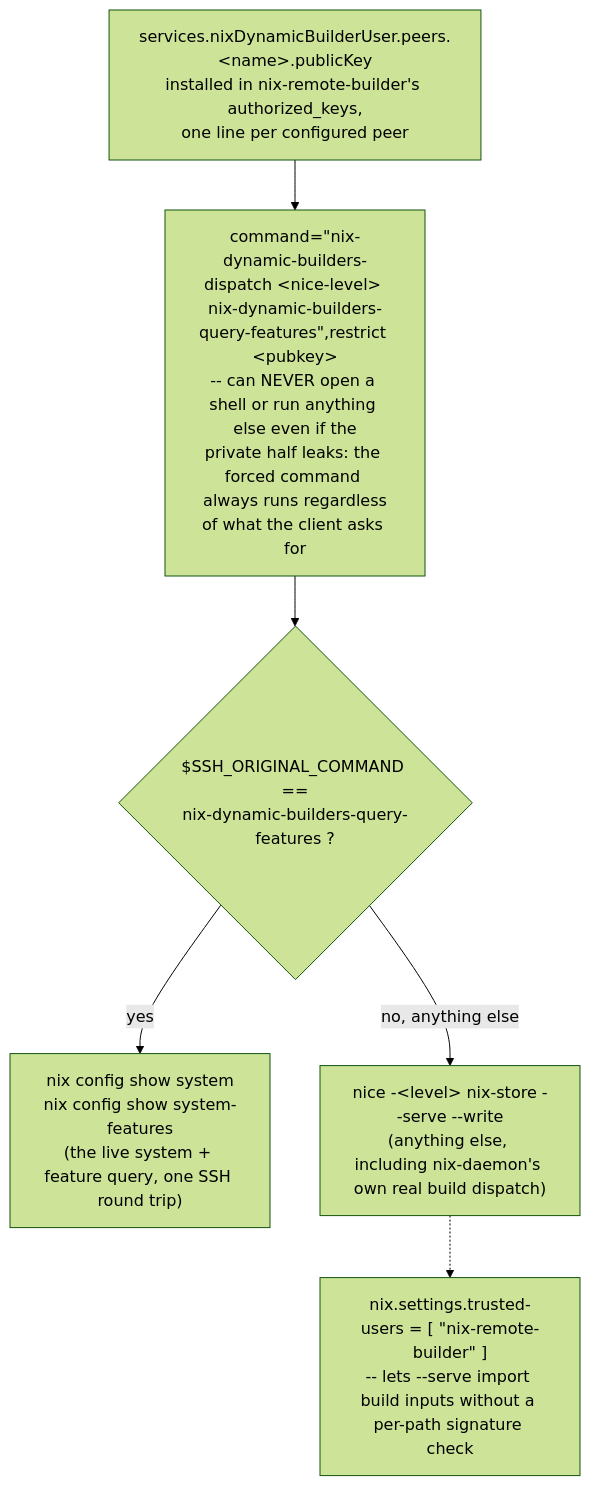
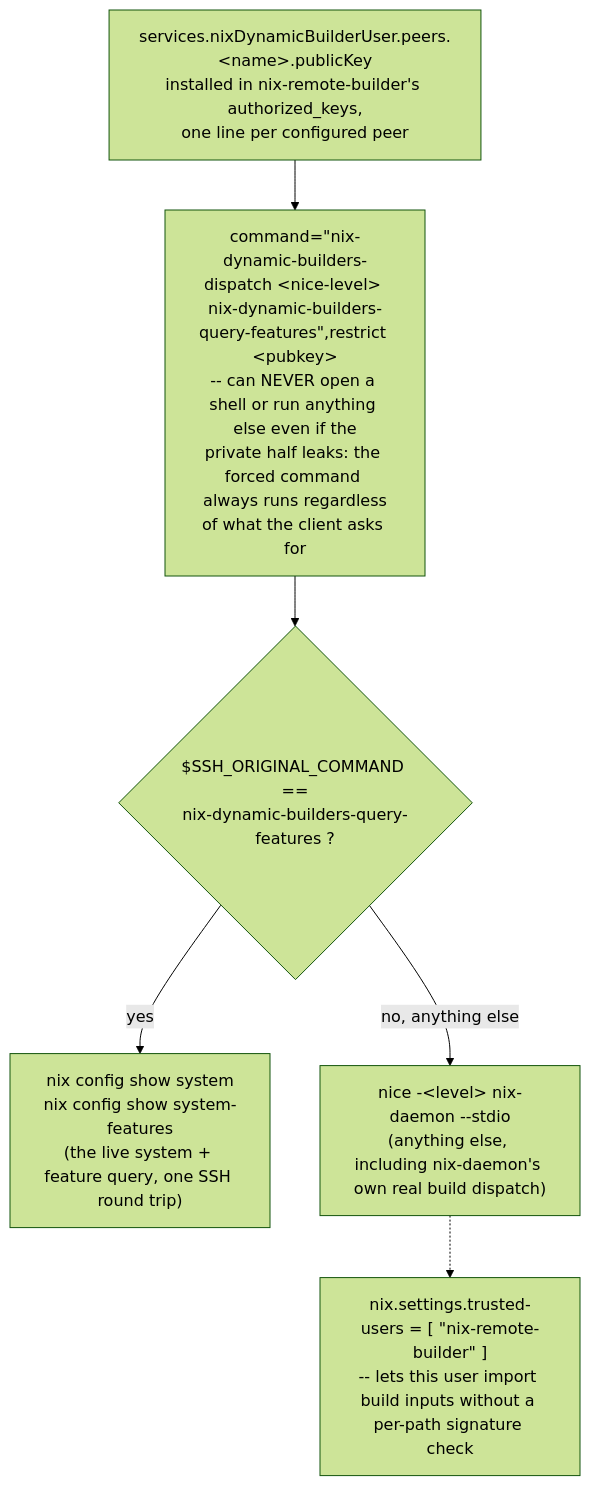
One commit to dvaerum/nixos-remote-builder-liveness-module changed the second of 2 diagrams in README.md. Above: the diagram before and after it, drawn with Mermaid (forest theme). The commit also changed other lines of this file and 10 other files, not shown here.

````diff
--- a/README.md
+++ b/README.md
@@ -55,14 +55,14 @@
 ```mermaid
 flowchart TD
     P["services.nixDynamicBuilderUser.peers.#60;name#62;.publicKey<br/>installed in nix-remote-builder's authorized_keys,<br/>one line per configured peer"]
     Q["command=#34;nix-dynamic-builders-dispatch #60;nice-level#62; nix-dynamic-builders-query-features#34;,restrict #60;pubkey#62;<br/>-- can NEVER open a shell or run anything else even if the<br/>private half leaks: the forced command always runs regardless<br/>of what the client asks for"]
     R{"$SSH_ORIGINAL_COMMAND ==<br/>nix-dynamic-builders-query-features ?"}
     S["nix config show system<br/>nix config show system-features<br/>(the live system + feature query, one SSH round trip)"]
-    T["nice -#60;level#62; nix-store --serve --write<br/>(anything else, including nix-daemon's own real build dispatch)"]
-    U["nix.settings.trusted-users = [ #34;nix-remote-builder#34; ]<br/>-- lets --serve import build inputs without a per-path signature check"]
+    T["nice -#60;level#62; nix-daemon --stdio<br/>(anything else, including nix-daemon's own real build dispatch)"]
+    U["nix.settings.trusted-users = [ #34;nix-remote-builder#34; ]<br/>-- lets this user import build inputs without a per-path signature check"]
 
     P --> Q --> R
     R -->|"yes"| S
     R -->|"no, anything else"| T
     T -.-> U
 ```
````
